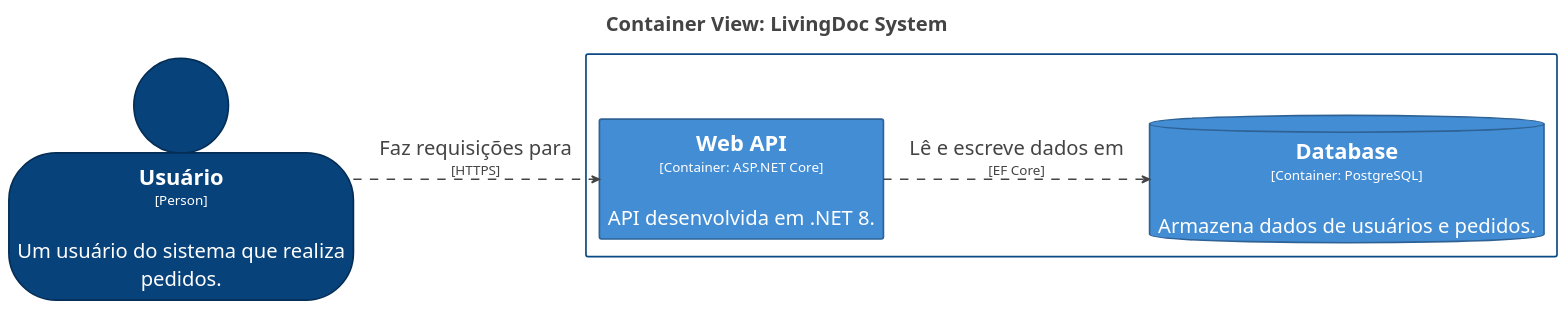
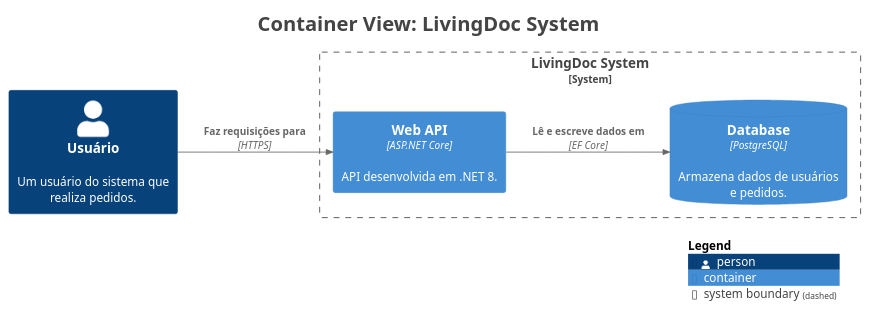
Before and after one commit to brunomenzdev/poc-arquitetura-automatizada: the diagram in docs/diagrams/structurizr-Containers.puml, drawn with PlantUML. The commit also changed 12 other files, not shown here.

```diff
--- a/docs/diagrams/structurizr-Containers.puml
+++ b/docs/diagrams/structurizr-Containers.puml
@@ -1,82 +1,30 @@
 @startuml
 title <size:24>Container View: LivingDoc System</size>
 
 set separator none
 left to right direction
-skinparam ranksep 60
-skinparam nodesep 30
-hide stereotype
 
 <style>
   root {
-    BackgroundColor: #ffffff;
-    FontColor: #444444;
-  }
-  // Element,Container
-  .Element-RWxlbWVudCxDb250YWluZXI= {
-    BackgroundColor: #438dd5;
-    LineColor: #2e6295;
-    LineStyle: 0;
-    LineThickness: 2;
-    FontColor: #ffffff;
-    FontSize: 24;
-    HorizontalAlignment: center;
-    Shadowing: 0;
-    MaximumWidth: 450;
-  }
-  // Element,Container,Database
-  .Element-RWxlbWVudCxDb250YWluZXIsRGF0YWJhc2U= {
-    BackgroundColor: #438dd5;
-    LineColor: #2e6295;
-    LineStyle: 0;
-    LineThickness: 2;
-    FontColor: #ffffff;
-    FontSize: 24;
-    HorizontalAlignment: center;
-    Shadowing: 0;
-    MaximumWidth: 450;
-  }
-  // Element,Person
-  .Element-RWxlbWVudCxQZXJzb24= {
-    BackgroundColor: #08427b;
-    LineColor: #052e56;
-    LineStyle: 0;
-    LineThickness: 2;
-    FontColor: #ffffff;
-    FontSize: 24;
-    HorizontalAlignment: center;
-    Shadowing: 0;
-    MaximumWidth: 450;
-  }
-  // Relationship
-  .Relationship-UmVsYXRpb25zaGlw {
-    LineThickness: 2;
-    LineStyle: 10-10;
-    LineColor: #444444;
-    FontColor: #444444;
-    FontSize: 24;
-  }
-  // LivingDoc System
-  .Boundary-TGl2aW5nRG9jIFN5c3RlbQ== {
-    BackgroundColor: #ffffff;
-    LineColor: #0b4884;
-    LineStyle: 0;
-    LineThickness: 2;
-    FontColor: #ffffff;
-    FontSize: 24;
-    HorizontalAlignment: center;
-    Shadowing: 0;
+    BackgroundColor: #ffffff
+    FontColor: #444444
   }
 </style>
 
-person "==Usuário\n<size:16>[Person]</size>\n\nUm usuário do sistema que realiza pedidos." <<Element-RWxlbWVudCxQZXJzb24=>> as Usuário
+!include <C4/C4>
+!include <C4/C4_Context>
+!include <C4/C4_Container>
 
-rectangle "LivingDoc System\n<size:16>[Software System]</size>" <<Boundary-TGl2aW5nRG9jIFN5c3RlbQ==>> {
-  rectangle "==Web API\n<size:16>[Container: ASP.NET Core]</size>\n\nAPI desenvolvida em .NET 8." <<Element-RWxlbWVudCxDb250YWluZXI=>> as LivingDocSystem.WebAPI
-  database "==Database\n<size:16>[Container: PostgreSQL]</size>\n\nArmazena dados de usuários e pedidos." <<Element-RWxlbWVudCxDb250YWluZXIsRGF0YWJhc2U=>> as LivingDocSystem.Database
+Person(Usuário, "Usuário", $descr="Um usuário do sistema que realiza pedidos.", $tags="", $link="")
+
+System_Boundary("LivingDocSystem_boundary", "LivingDoc System", $tags="") {
+  Container(LivingDocSystem.WebAPI, "Web API", $techn="ASP.NET Core", $descr="API desenvolvida em .NET 8.", $tags="", $link="")
+  ContainerDb(LivingDocSystem.Database, "Database", $techn="PostgreSQL", $descr="Armazena dados de usuários e pedidos.", $tags="", $link="")
 }
 
-Usuário --> LivingDocSystem.WebAPI <<Relationship-UmVsYXRpb25zaGlw>> : "Faz requisições para\n<size:16>[HTTPS]</size>"
-LivingDocSystem.WebAPI --> LivingDocSystem.Database <<Relationship-UmVsYXRpb25zaGlw>> : "Lê e escreve dados em\n<size:16>[EF Core]</size>"
+Rel(Usuário, LivingDocSystem.WebAPI, "Faz requisições para", $techn="HTTPS", $tags="", $link="")
+Rel(LivingDocSystem.WebAPI, LivingDocSystem.Database, "Lê e escreve dados em", $techn="EF Core", $tags="", $link="")
 
+SHOW_LEGEND(true)
+hide stereotypes
 @enduml
```
